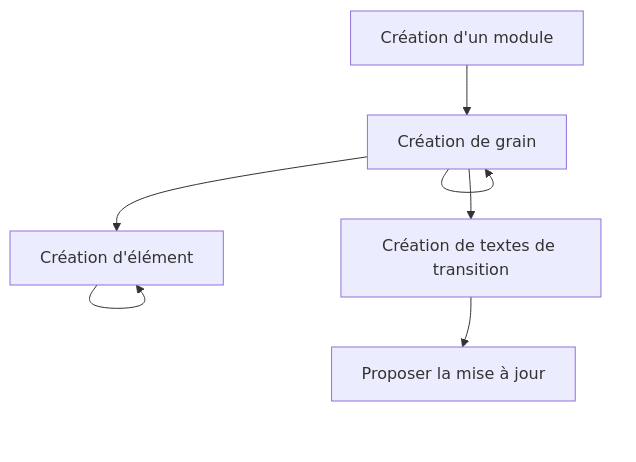
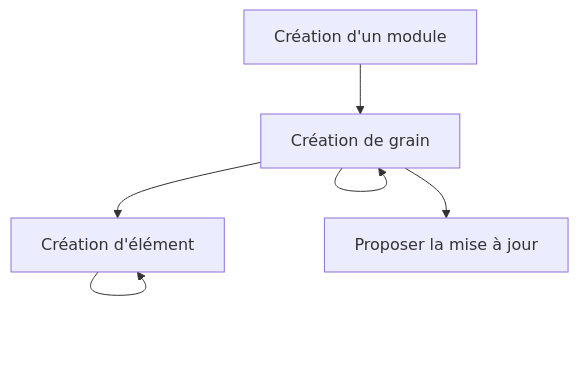
The diagram in api/src/devcomp/infrastructure/datasources/learning-content/readme.md (ecriplus/pix), drawn with Mermaid before and after one commit. The commit also changed other lines of this file, not shown here.

Commit message:
docs(api): add note on module learning content readme

````diff
--- a/api/src/devcomp/infrastructure/datasources/learning-content/readme.md
+++ b/api/src/devcomp/infrastructure/datasources/learning-content/readme.md
@@ -30,9 +33,8 @@
 ```mermaid
 flowchart TD
   A[Création d'un module] --> B[Création de grain];
   B --> C[Création d'élément];
   C --> C;
   B --> B;
-  B --> D[Création de textes de transition];
-  D --> E[Proposer la mise à jour];
+  B --> D[Proposer la mise à jour];
 ```
````
